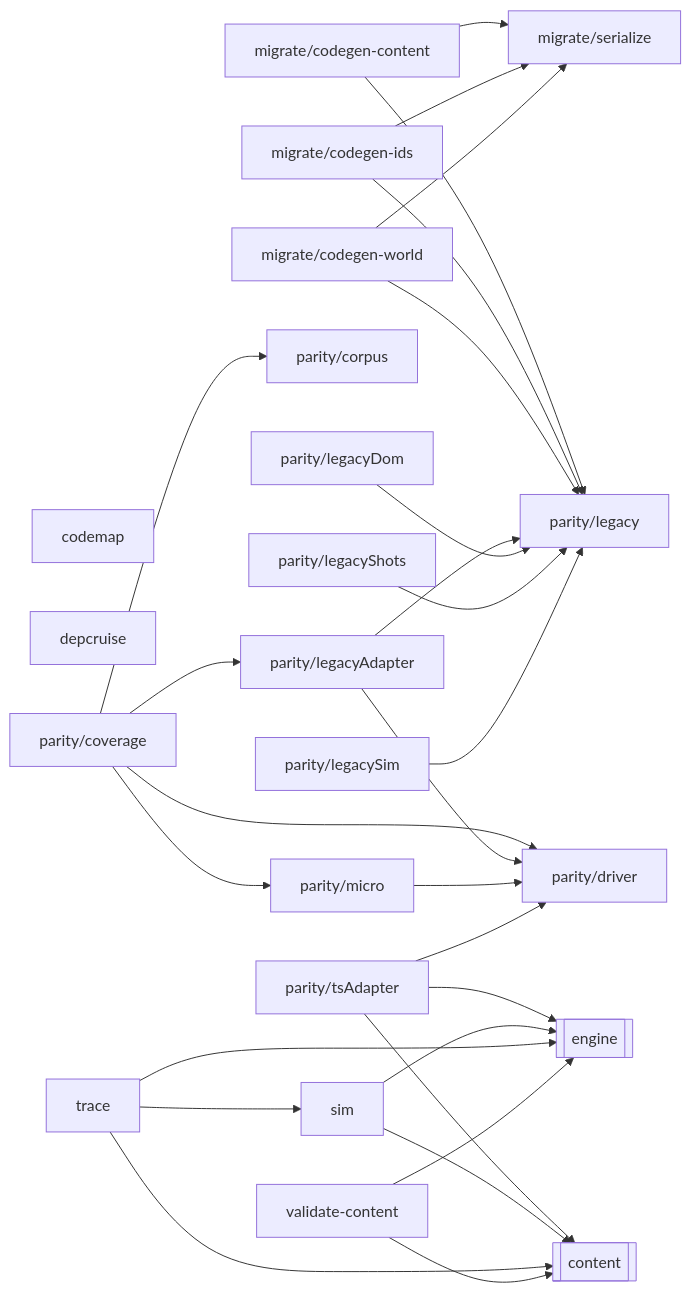
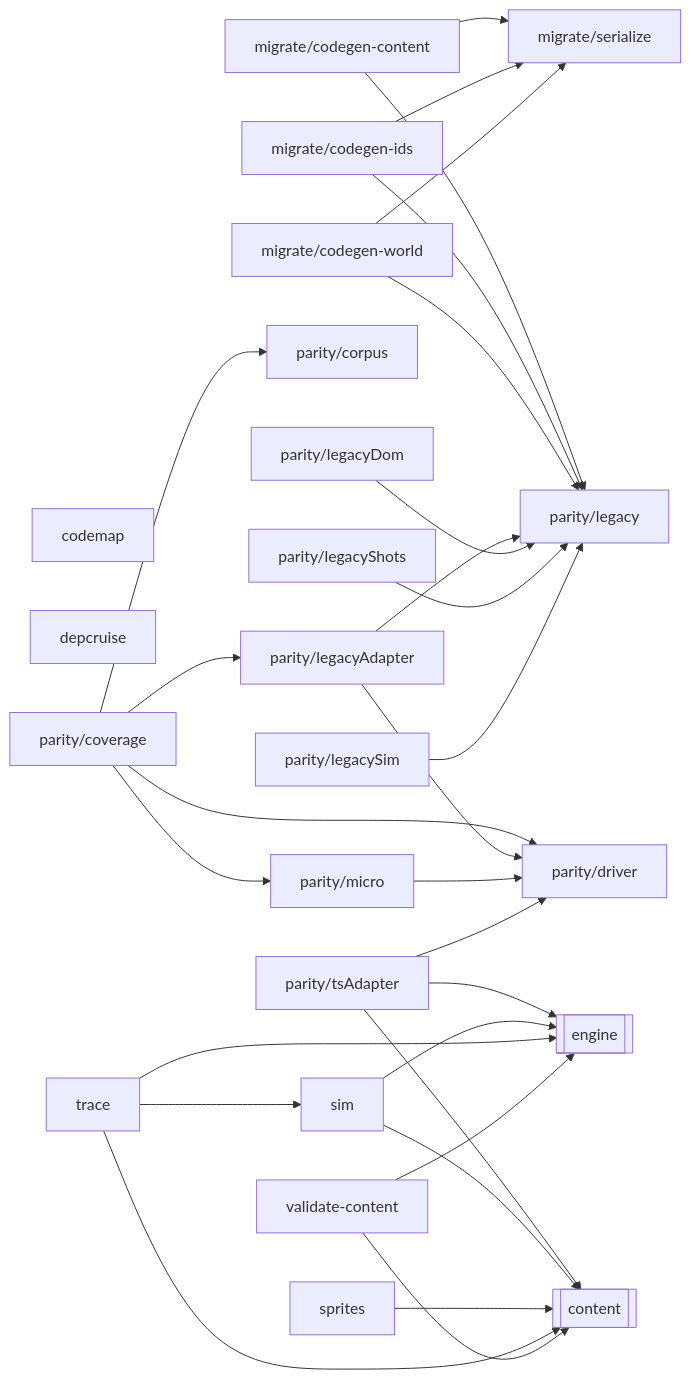
One commit to OrangeB0lt/Cyber-funk changed the diagram in docs/reference/code-map/tools.md. Above: the diagram before and after it, drawn with Mermaid. The commit also changed other lines of this file and 100 other files, not shown here.

````diff
--- a/docs/reference/code-map/tools.md
+++ b/docs/reference/code-map/tools.md
@@ -11,50 +11,52 @@
 ```mermaid
 flowchart LR
   n_codemap["codemap"]
   n_depcruise["depcruise"]
   n_migrate_codegen_content["migrate/codegen-content"]
   n_migrate_codegen_ids["migrate/codegen-ids"]
   n_migrate_codegen_world["migrate/codegen-world"]
   n_migrate_serialize["migrate/serialize"]
   n_parity_corpus["parity/corpus"]
   n_parity_coverage["parity/coverage"]
   n_parity_driver["parity/driver"]
   n_parity_legacy["parity/legacy"]
   n_parity_legacyAdapter["parity/legacyAdapter"]
   n_parity_legacyDom["parity/legacyDom"]
   n_parity_legacyShots["parity/legacyShots"]
   n_parity_legacySim["parity/legacySim"]
   n_parity_micro["parity/micro"]
   n_parity_tsAdapter["parity/tsAdapter"]
   n_sim["sim"]
+  n_sprites["sprites"]
   n_trace["trace"]
   n_validate_content["validate-content"]
   n_ext_content[["content"]]
   n_ext_engine[["engine"]]
   n_migrate_codegen_content --> n_migrate_serialize
   n_migrate_codegen_content --> n_parity_legacy
   n_migrate_codegen_ids --> n_migrate_serialize
   n_migrate_codegen_ids --> n_parity_legacy
   n_migrate_codegen_world --> n_migrate_serialize
   n_migrate_codegen_world --> n_parity_legacy
   n_parity_coverage --> n_parity_corpus
   n_parity_coverage --> n_parity_driver
   n_parity_coverage --> n_parity_legacyAdapter
   n_parity_coverage --> n_parity_micro
   n_parity_legacyAdapter --> n_parity_driver
   n_parity_legacyAdapter --> n_parity_legacy
   n_parity_legacyDom --> n_parity_legacy
   n_parity_legacyShots --> n_parity_legacy
   n_parity_legacySim --> n_parity_legacy
   n_parity_micro --> n_parity_driver
   n_parity_tsAdapter --> n_ext_content
   n_parity_tsAdapter --> n_ext_engine
   n_parity_tsAdapter --> n_parity_driver
   n_sim --> n_ext_content
   n_sim --> n_ext_engine
+  n_sprites --> n_ext_content
   n_trace --> n_ext_content
   n_trace --> n_ext_engine
   n_trace --> n_sim
   n_validate_content --> n_ext_content
   n_validate_content --> n_ext_engine
 ```
````
